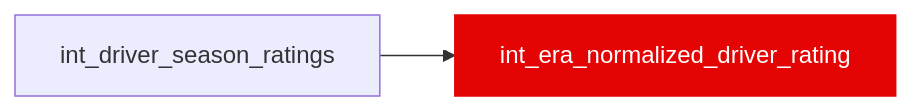
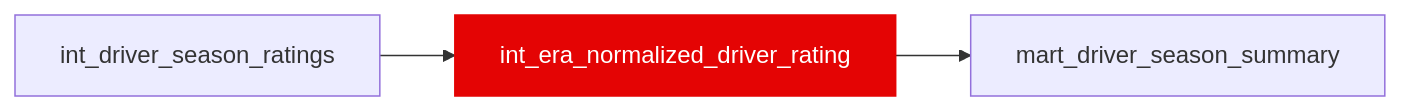
One commit to JustinClarke/off-the-pace changed the diagram in docs/reference/models/int/int_era_normalized_driver_rating.mdx. Above: the diagram before and after it, drawn with Mermaid. The commit also changed 224 other files, not shown here.

````diff
--- a/docs/reference/models/int/int_era_normalized_driver_rating.mdx
+++ b/docs/reference/models/int/int_era_normalized_driver_rating.mdx
@@ -15,5 +15,6 @@
 ```mermaid
 flowchart LR
   int_driver_season_ratings --> int_era_normalized_driver_rating
+  int_era_normalized_driver_rating --> mart_driver_season_summary
   style int_era_normalized_driver_rating fill:#e40404,stroke:#e40404,color:#fff
 ```
````
